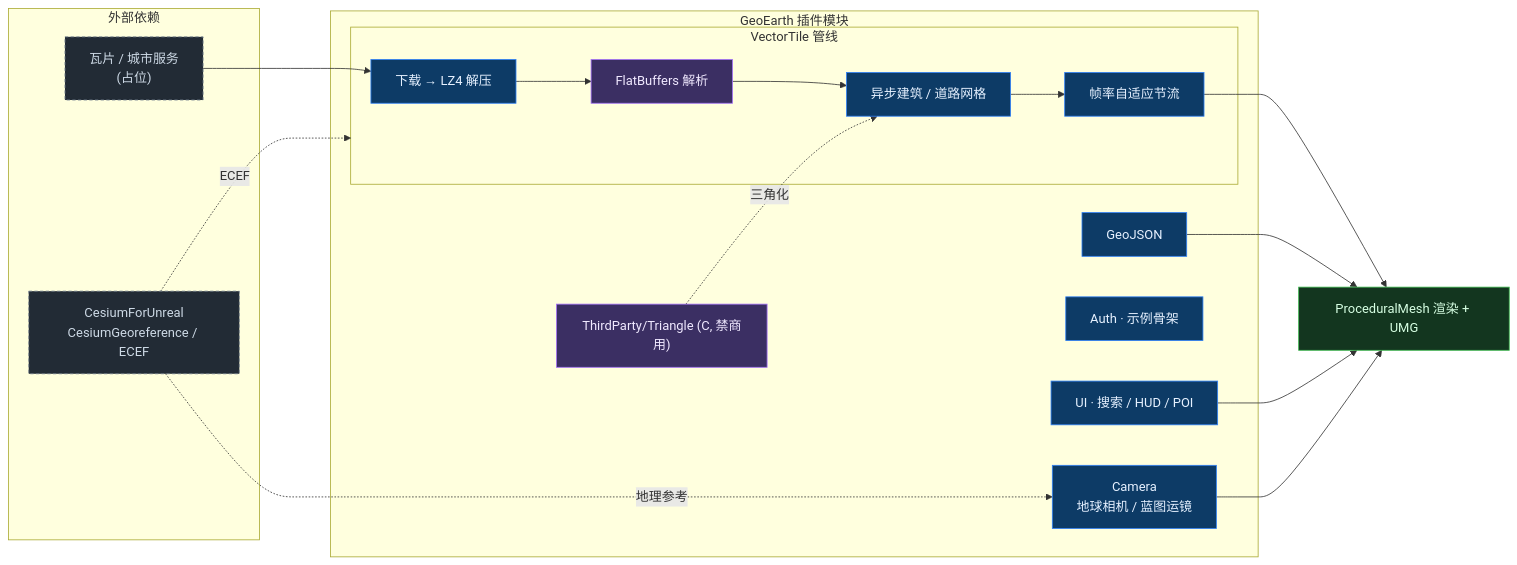
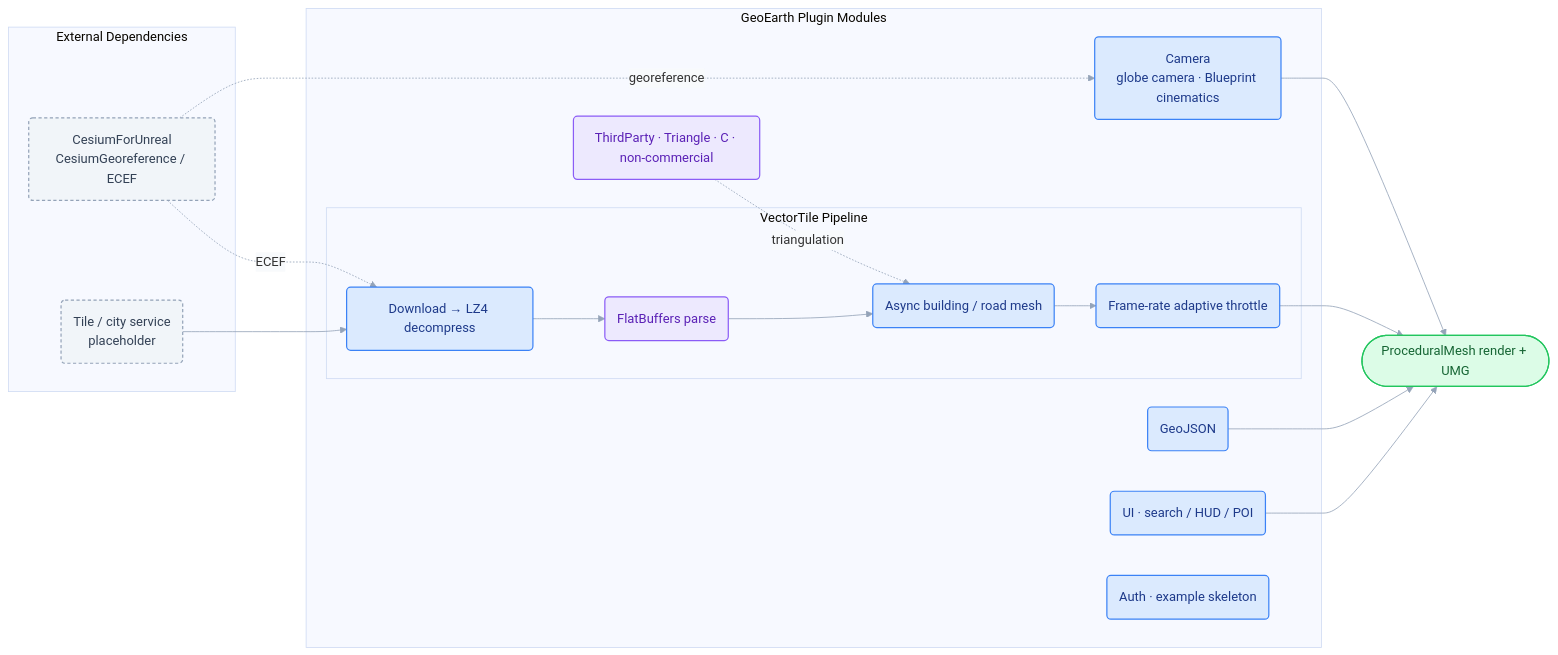
The diagram in README.md (zhuxb93/CesiumforUnrealSDK), drawn with Mermaid before and after one commit. The commit also changed other lines of this file and 2 other files, not shown here.

First line of the commit message:
style(readme): set English default README and improve architecture diagram colors

````diff
--- a/README.md
+++ b/README.md
@@ -13,34 +13,35 @@
 ```mermaid
+%%{init: {'theme':'base','themeVariables':{'fontFamily':'ui-sans-serif, system-ui, sans-serif','lineColor':'#94A3B8','edgeLabelBackground':'#F8FAFC'}}}%%
 flowchart LR
-    subgraph EXT["外部依赖"]
-        CES["CesiumForUnreal<br/>CesiumGeoreference / ECEF"]:::ext
-        SRC["瓦片 / 城市服务<br/>(占位)"]:::ext
+    subgraph EXT["External Dependencies"]
+        CES("CesiumForUnreal<br/>CesiumGeoreference / ECEF"):::ext
+        SRC("Tile / city service<br/>placeholder"):::ext
     end
-    subgraph PLG["GeoEarth 插件模块"]
-        CAM["Camera<br/>地球相机 / 蓝图运镜"]:::own
-        subgraph VT["VectorTile 管线"]
-            P1["下载 → LZ4 解压"]:::own
-            P2["FlatBuffers 解析"]:::third
-            P3["异步建筑 / 道路网格"]:::own
-            P4["帧率自适应节流"]:::own
+    subgraph PLG["GeoEarth Plugin Modules"]
+        CAM("Camera<br/>globe camera · Blueprint cinematics"):::own
+        subgraph VT["VectorTile Pipeline"]
+            P1("Download → LZ4 decompress"):::own
+            P2("FlatBuffers parse"):::third
+            P3("Async building / road mesh"):::own
+            P4("Frame-rate adaptive throttle"):::own
         end
-        GJ["GeoJSON"]:::own
-        UI["UI · 搜索 / HUD / POI"]:::own
-        AUTH["Auth · 示例骨架"]:::own
-        TRI["ThirdParty/Triangle (C, 禁商用)"]:::third
+        GJ("GeoJSON"):::own
+        UI("UI · search / HUD / POI"):::own
+        AUTH("Auth · example skeleton"):::own
+        TRI("ThirdParty · Triangle · C · non-commercial"):::third
     end
-    OUT["ProceduralMesh 渲染 + UMG"]:::out
+    OUT(["ProceduralMesh render + UMG"]):::out
 
-    CES -. 地理参考 .-> CAM
-    CES -. ECEF .-> VT
+    CES -. georeference .-> CAM
+    CES -. ECEF .-> P1
     SRC --> P1 --> P2 --> P3 --> P4 --> OUT
-    TRI -. 三角化 .-> P3
+    TRI -. triangulation .-> P3
     GJ --> OUT
     UI --> OUT
     CAM --> OUT
 
-    classDef own  fill:#0d3b66,stroke:#2f81f7,color:#e6f1ff;
-    classDef third fill:#3b2f63,stroke:#a371f7,color:#f0e9ff;
-    classDef ext  fill:#222b35,stroke:#768390,color:#cdd9e5,stroke-dasharray:4 3;
-    classDef out  fill:#13361f,stroke:#3fb950,color:#d7ffe3;
+    classDef own  fill:#DBEAFE,stroke:#3B82F6,stroke-width:1.5px,color:#1E3A8A;
+    classDef third fill:#EDE9FE,stroke:#8B5CF6,stroke-width:1.5px,color:#5B21B6;
+    classDef ext  fill:#F1F5F9,stroke:#94A3B8,stroke-width:1.5px,color:#334155,stroke-dasharray:4 3;
+    classDef out  fill:#DCFCE7,stroke:#22C55E,stroke-width:1.5px,color:#166534;
 ```
````
